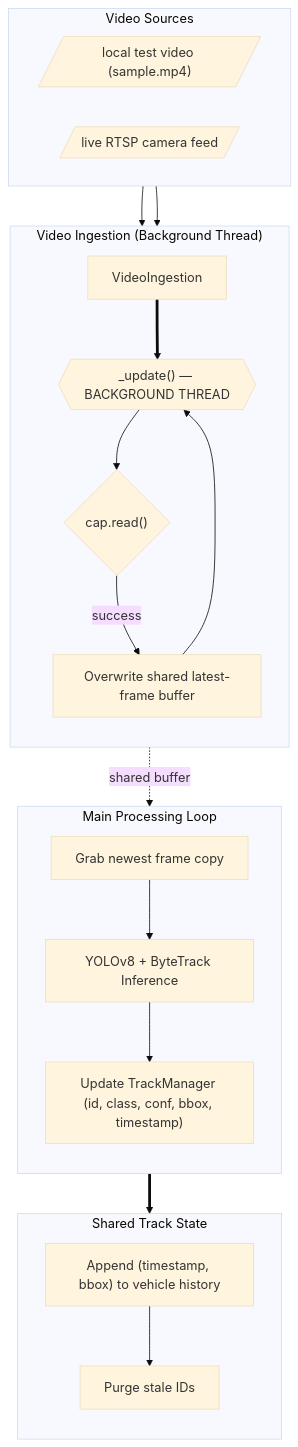
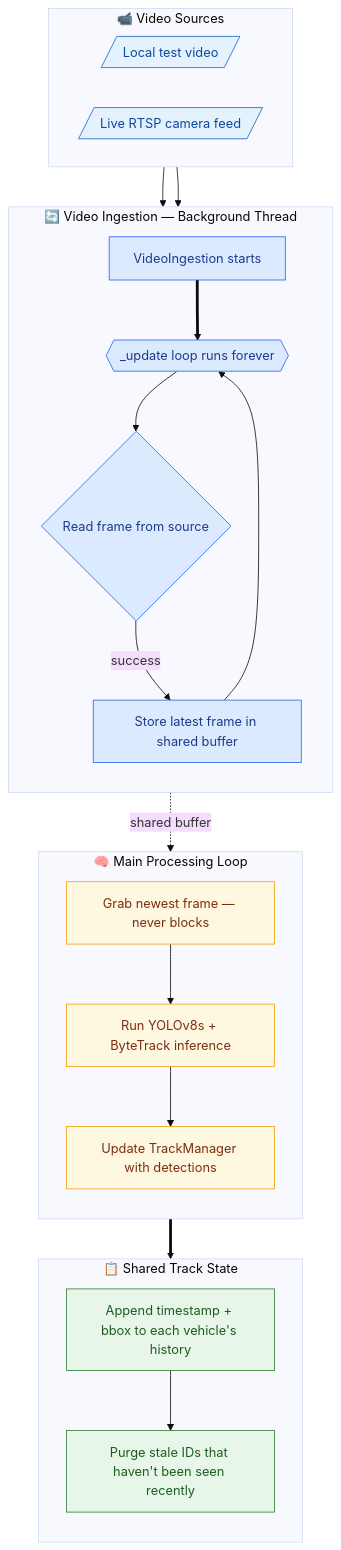
The first of 5 diagrams in PROJECT_FLOWCHART.md (Yuvrajtakk/Traffic_Analysis_YOLO_project), drawn with Mermaid (base theme) before and after one commit. The commit also changed other lines of this file and 1 other file, not shown here.

Commit message:
Enhance README.md with detailed project flow, installation instructions, and outputs. Add sequence diagram for main loop processing. Update performance metrics and limitations sections. Include project structure and tech stack for better clarity.

````diff
--- a/PROJECT_FLOWCHART.md
+++ b/PROJECT_FLOWCHART.md
@@ -10,43 +13,49 @@
 ```mermaid
 flowchart TD
-    %% ═════════════════════ EXTERNAL WORLD ═════════════════════
-    subgraph EXT["Video Sources"]
+    subgraph EXT["📹 Video Sources"]
     direction LR
-        X_FILE[/"local test video (sample.mp4)"/]
-        X_RTSP[/"live RTSP camera feed"/]
+        X_FILE[/"Local test video"/]
+        X_RTSP[/"Live RTSP camera feed"/]
     end
 
-    %% ═════════════════════ INGESTION ═════════════════════
-    subgraph ING["Video Ingestion (Background Thread)"]
+    subgraph ING["🔄 Video Ingestion — Background Thread"]
     direction TB
-        I_INIT["VideoIngestion"]
-        I_UPD{{"_update() — BACKGROUND THREAD"}}
-        I_RETQ{"cap.read()"}
-        I_LOCKW["Overwrite shared latest-frame buffer"]
+        I_INIT["VideoIngestion starts"]
+        I_UPD{{"_update loop runs forever"}}
+        I_RETQ{"Read frame from source"}
+        I_LOCKW["Store latest frame in shared buffer"]
     end
 
-    %% ═════════════════════ MAIN LOOP & TRACKING ═════════════════════
-    subgraph MAIN["Main Processing Loop"]
+    subgraph MAIN["🧠 Main Processing Loop"]
     direction TB
-        M_READ["Grab newest frame copy"]
-        M_TRACK["YOLOv8 + ByteTrack Inference"]
-        M_TMUPD["Update TrackManager (id, class, conf, bbox, timestamp)"]
+        M_READ["Grab newest frame — never blocks"]
+        M_TRACK["Run YOLOv8s + ByteTrack inference"]
+        M_TMUPD["Update TrackManager with detections"]
     end
 
-    %% ═════════════════════ TRACK MANAGER ═════════════════════
-    subgraph TRK["Shared Track State"]
+    subgraph TRK["📋 Shared Track State"]
     direction TB
-        TM_APP["Append (timestamp, bbox) to vehicle history"]
-        TM_PURGE["Purge stale IDs"]
+        TM_APP["Append timestamp + bbox to each vehicle's history"]
+        TM_PURGE["Purge stale IDs that haven't been seen recently"]
     end
 
     X_FILE --> I_INIT
     X_RTSP --> I_INIT
     I_INIT ==> I_UPD
     I_UPD --> I_RETQ
     I_RETQ -->|"success"| I_LOCKW --> I_UPD
-    
+
     I_LOCKW -.->|"shared buffer"| M_READ
     M_READ --> M_TRACK --> M_TMUPD
     M_TMUPD ==> TM_APP --> TM_PURGE
+
+    classDef srcC fill:#E3F2FD,stroke:#1565C0,color:#0D47A1
+    classDef ingC fill:#DBEAFE,stroke:#2563EB,color:#1E3A8A
+    classDef mainC fill:#FFF8E1,stroke:#F59E0B,color:#7C2D12
+    classDef trkC fill:#E8F5E9,stroke:#2E7D32,color:#1B5E20
+
+    class X_FILE,X_RTSP srcC
+    class I_INIT,I_UPD,I_RETQ,I_LOCKW ingC
+    class M_READ,M_TRACK,M_TMUPD mainC
+    class TM_APP,TM_PURGE trkC
 ```
````
